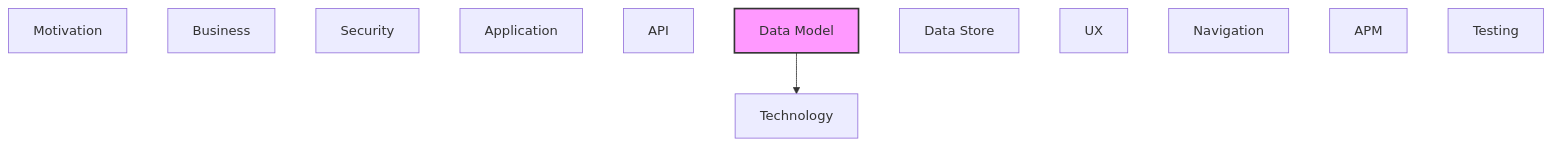
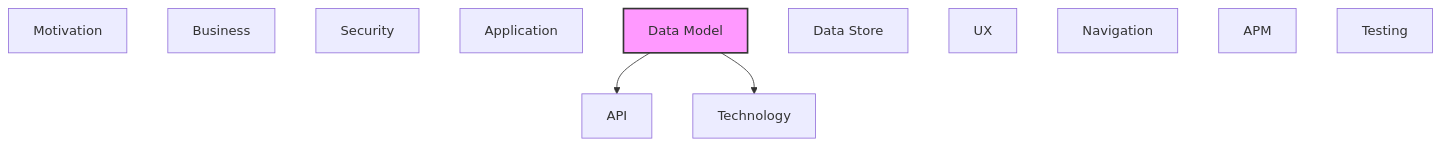
The second of 2 diagrams in documentation-robotics/reports/07-data-model-layer-report.md (tinkermonkey/context-studio), drawn with Mermaid before and after one commit. The commit also changed other lines of this file and 37 other files, not shown here.

````diff
--- a/documentation-robotics/reports/07-data-model-layer-report.md
+++ b/documentation-robotics/reports/07-data-model-layer-report.md
@@ -53,18 +67,19 @@
 ```mermaid
 flowchart TB
   classDef current fill:#f9f,stroke:#333,stroke-width:2px
   motivation["Motivation"]
   business["Business"]
   security["Security"]
   application["Application"]
   technology["Technology"]
   api["API"]
   data_model["Data Model"]
   data_store["Data Store"]
   ux["UX"]
   navigation["Navigation"]
   apm["APM"]
   testing["Testing"]
+  data_model --> api
   data_model --> technology
   class data_model current
 ```
````
